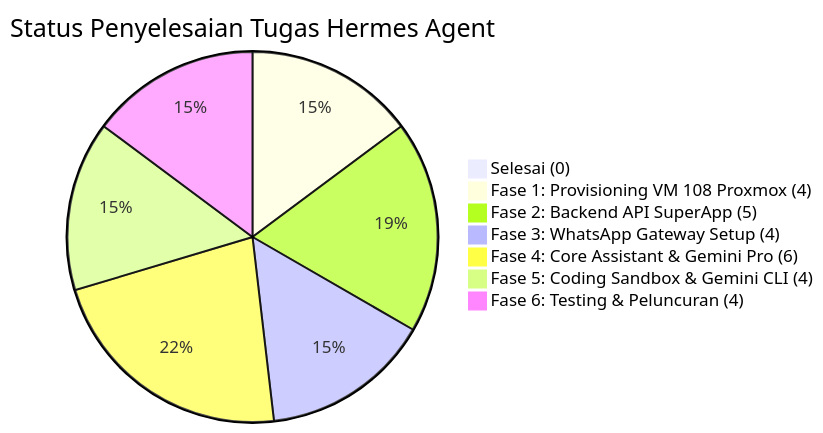
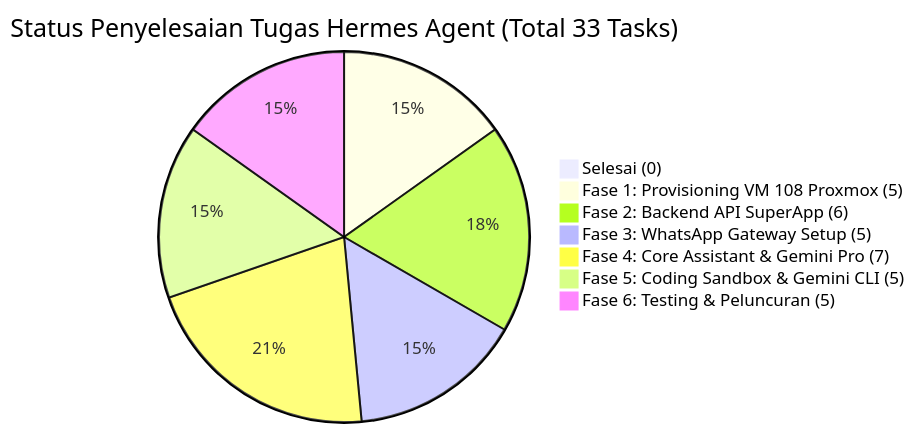
One commit to tegaranugrah1/bksda-superapp changed the diagram in docs/hermes-agent/tasks.md. Above: the diagram before and after it, drawn with Mermaid. The commit also changed other lines of this file and 3 other files, not shown here.

Commit message:
docs(hermes-agent): harden specs with phone normalization, session persistence, debounce queue, and air-gap isolation

````diff
--- a/docs/hermes-agent/tasks.md
+++ b/docs/hermes-agent/tasks.md
@@ -12,10 +12,10 @@
 ```mermaid
-pie title Status Penyelesaian Tugas Hermes Agent
+pie title Status Penyelesaian Tugas Hermes Agent (Total 33 Tasks)
     "Selesai (0)" : 0
-    "Fase 1: Provisioning VM 108 Proxmox (4)" : 4
-    "Fase 2: Backend API SuperApp (5)" : 5
-    "Fase 3: WhatsApp Gateway Setup (4)" : 4
-    "Fase 4: Core Assistant & Gemini Pro (6)" : 6
-    "Fase 5: Coding Sandbox & Gemini CLI (4)" : 4
-    "Fase 6: Testing & Peluncuran (4)" : 4
+    "Fase 1: Provisioning VM 108 Proxmox (5)" : 5
+    "Fase 2: Backend API SuperApp (6)" : 6
+    "Fase 3: WhatsApp Gateway Setup (5)" : 5
+    "Fase 4: Core Assistant & Gemini Pro (7)" : 7
+    "Fase 5: Coding Sandbox & Gemini CLI (5)" : 5
+    "Fase 6: Testing & Peluncuran (5)" : 5
 ```
````
